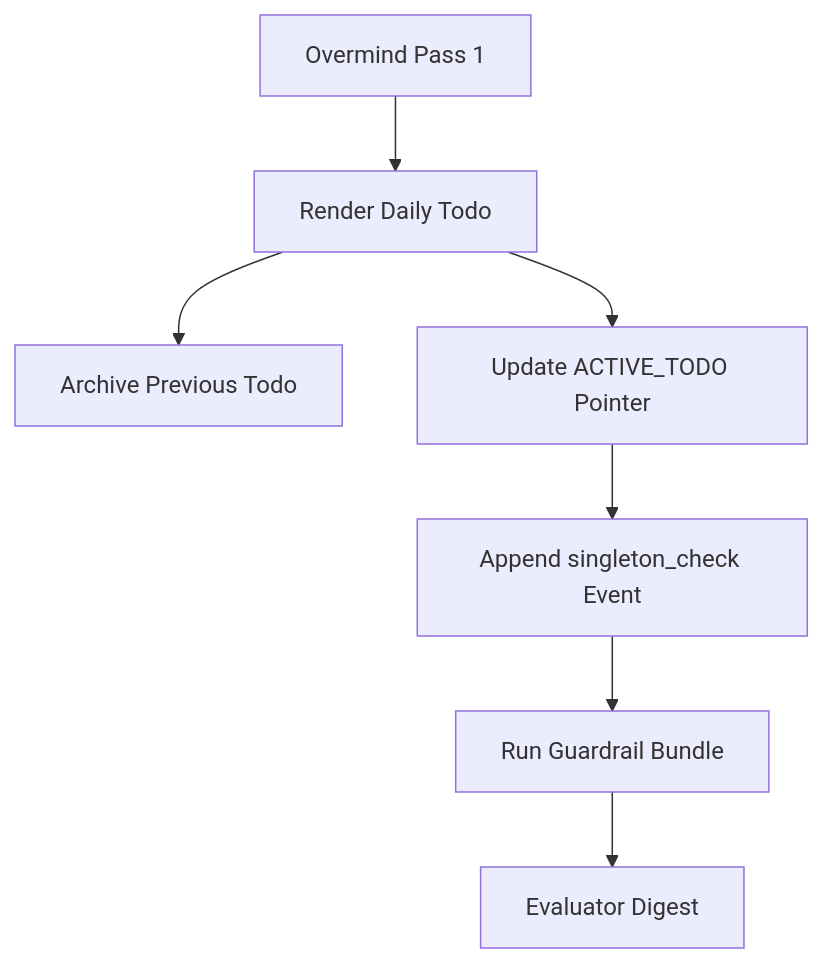
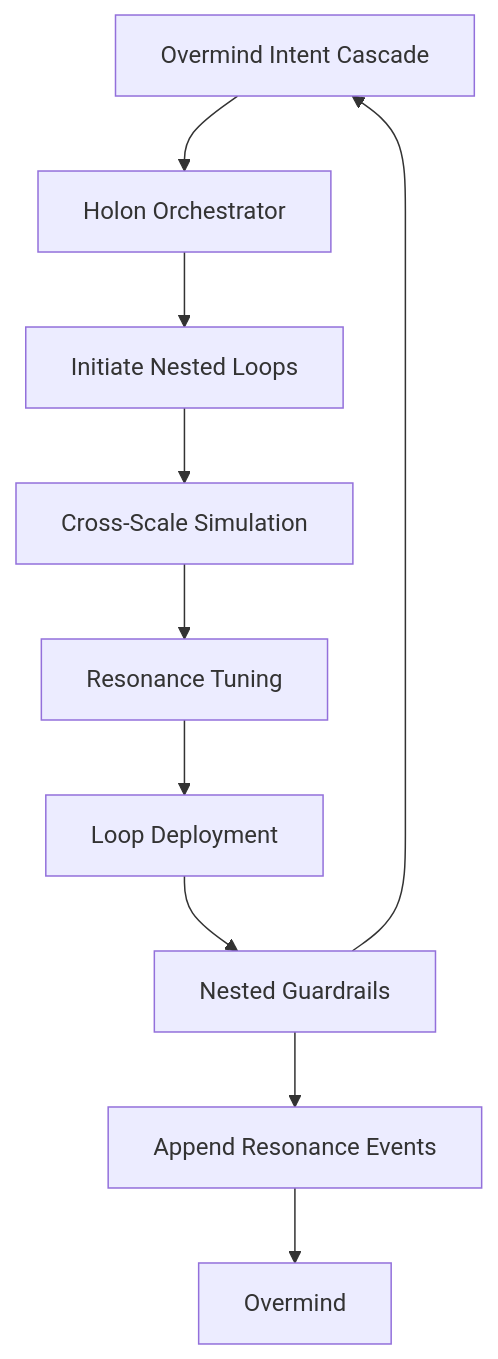
One commit to TTaoGaming/Hive-Fleet-Obsidian-2025 changed the first of 3 diagrams in hfo_gem/gen_7/original_gem.md. Above: the diagram before and after it, drawn with Mermaid. The commit also changed other lines of this file and 23 other files, not shown here.

````diff
--- a/hfo_gem/gen_7/original_gem.md
+++ b/hfo_gem/gen_7/original_gem.md
@@ -28,9 +30,12 @@
 ```mermaid
 flowchart TD
-    Intent[Overmind Pass 1] --> Render[Render Daily Todo]
-    Render --> Archive[Archive Previous Todo]
-    Render --> Pointer[Update ACTIVE_TODO Pointer]
-    Pointer --> Ledger[Append singleton_check Event]
-    Ledger --> Guardrails[Run Guardrail Bundle]
-    Guardrails --> Digest[Evaluator Digest]
+    Intent[Overmind Intent Cascade] --> Orchestrator[Holon Orchestrator]
+    Orchestrator --> Nest[Initiate Nested Loops]
+    Nest --> Simulate[Cross-Scale Simulation]
+    Simulate --> Tune[Resonance Tuning]
+    Tune --> Propagate[Loop Deployment]
+    Propagate --> Audit[Nested Guardrails]
+    Audit --> Ledger[Append Resonance Events]
+    Ledger --> Overmind
+    Audit --> Intent
 ```
````
